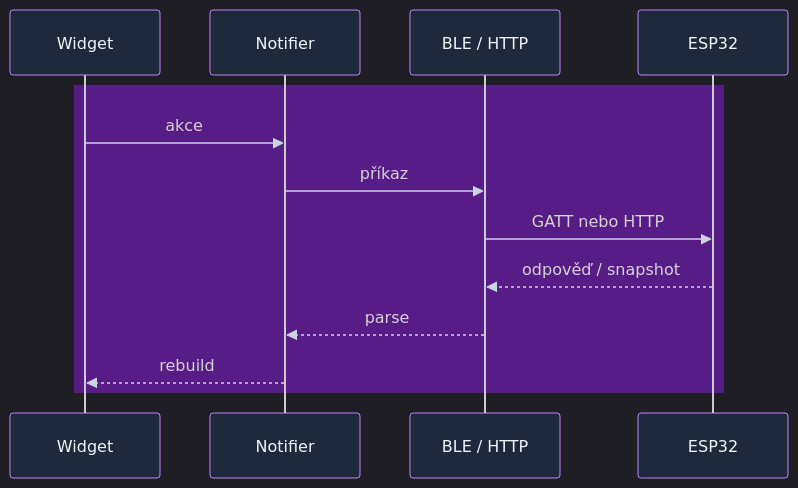
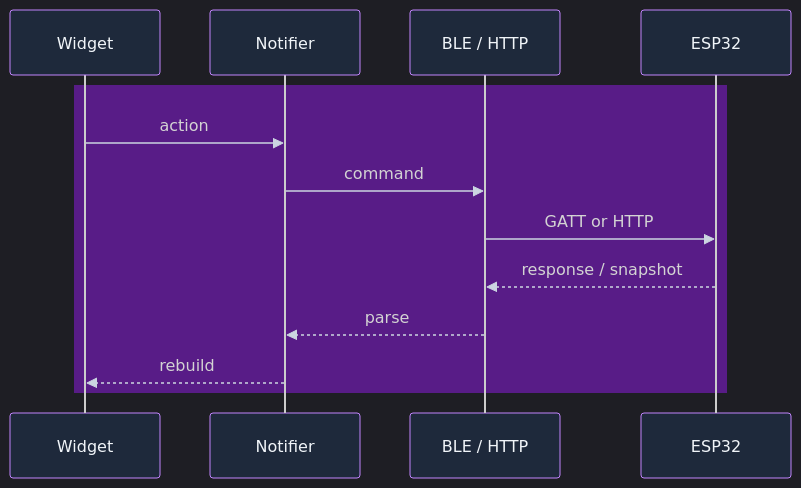
One commit to AlfredKrutina/chess_esp32_c6_devkit changed the second of 5 diagrams in docs/flutter/README.md. Above: the diagram before and after it, drawn with Mermaid. The commit also changed other lines of this file and 372 other files, not shown here.

````diff
--- a/docs/flutter/README.md
+++ b/docs/flutter/README.md
@@ -83,16 +83,16 @@
 ```mermaid
 %%{init: {'theme':'dark','themeVariables':{'actorBkg':'#1e293b','actorBorder':'#c084fc','actorTextColor':'#f1f5f9','signalColor':'#cbd5e1'}}}%%
 sequenceDiagram
   rect rgb(88, 28, 135)
     participant W as Widget
     participant N as Notifier
     participant X as BLE / HTTP
     participant D as ESP32
-    W->>N: akce
-    N->>X: příkaz
-    X->>D: GATT nebo HTTP
-    D-->>X: odpověď / snapshot
+    W->>N: action
+    N->>X: command
+    X->>D: GATT or HTTP
+    D-->>X: response / snapshot
     X-->>N: parse
     N-->>W: rebuild
   end
 ```
````
